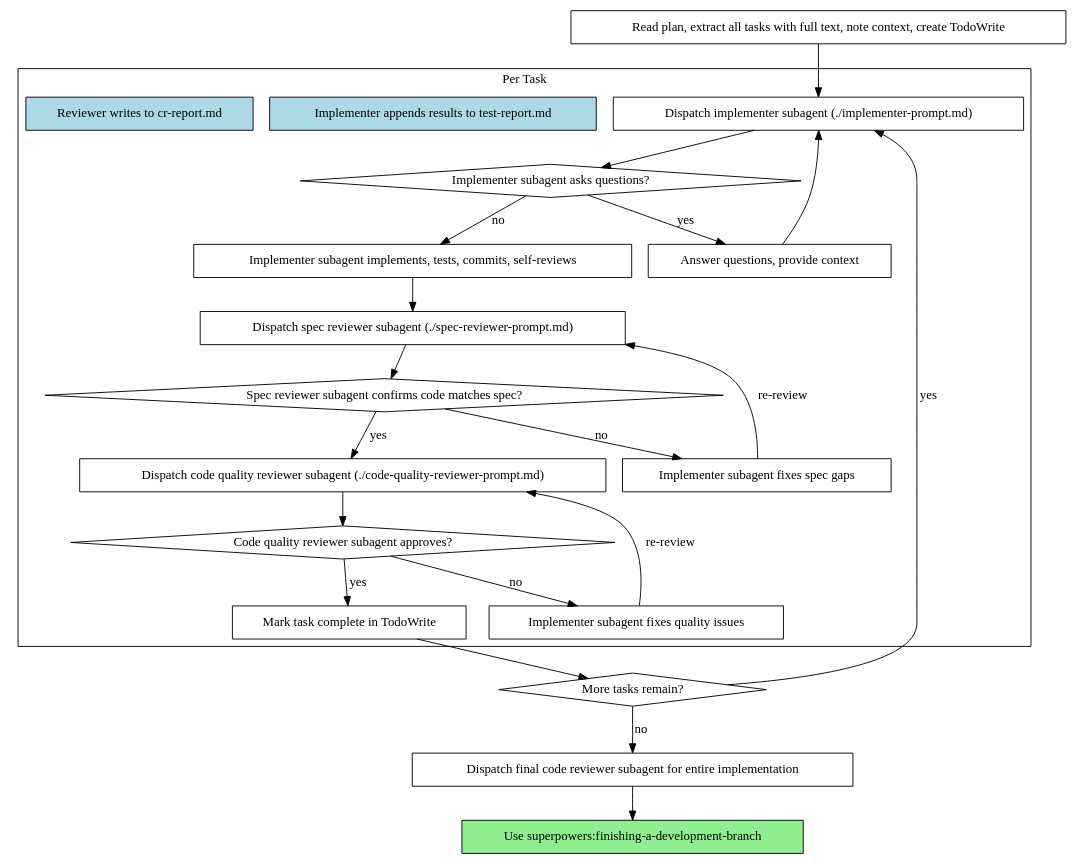
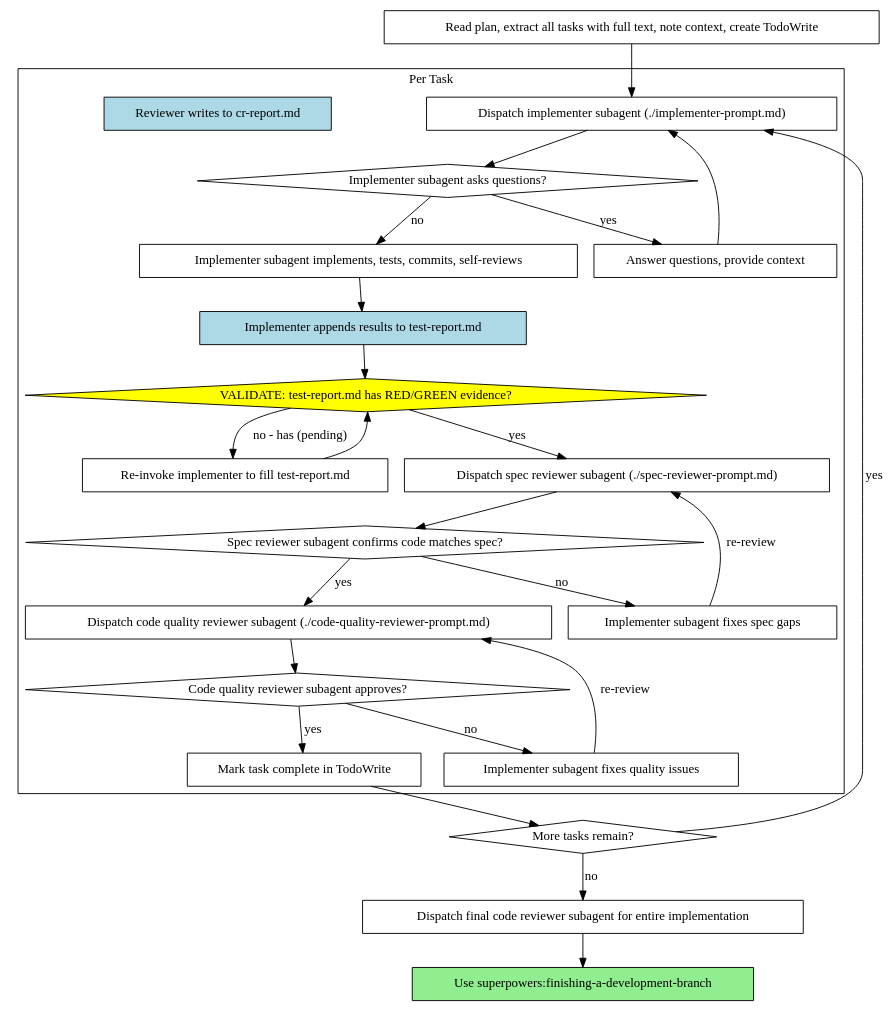
Before and after one commit to jerrydinguk-coder/superpowers: the second of 2 diagrams in skills/subagent-driven-development/SKILL.md, drawn with Graphviz. The commit also changed other lines of this file, not shown here.

First line of the commit message:
feat(subagent-driven-development): add mandatory report validation checkpoint (#1)

````diff
--- a/skills/subagent-driven-development/SKILL.md
+++ b/skills/subagent-driven-development/SKILL.md
@@ -46,46 +46,52 @@
 ```dot
 digraph process {
     rankdir=TB;
 
     subgraph cluster_per_task {
         label="Per Task";
         "Dispatch implementer subagent (./implementer-prompt.md)" [shape=box];
         "Implementer subagent asks questions?" [shape=diamond];
         "Answer questions, provide context" [shape=box];
         "Implementer subagent implements, tests, commits, self-reviews" [shape=box];
         "Implementer appends results to test-report.md" [shape=box style=filled fillcolor=lightblue];
+        "VALIDATE: test-report.md has RED/GREEN evidence?" [shape=diamond style=filled fillcolor=yellow];
+        "Re-invoke implementer to fill test-report.md" [shape=box];
         "Dispatch spec reviewer subagent (./spec-reviewer-prompt.md)" [shape=box];
         "Spec reviewer subagent confirms code matches spec?" [shape=diamond];
         "Implementer subagent fixes spec gaps" [shape=box];
         "Dispatch code quality reviewer subagent (./code-quality-reviewer-prompt.md)" [shape=box];
         "Code quality reviewer subagent approves?" [shape=diamond];
         "Reviewer writes to cr-report.md" [shape=box style=filled fillcolor=lightblue];
         "Implementer subagent fixes quality issues" [shape=box];
         "Mark task complete in TodoWrite" [shape=box];
     }
 
     "Read plan, extract all tasks with full text, note context, create TodoWrite" [shape=box];
     "More tasks remain?" [shape=diamond];
     "Dispatch final code reviewer subagent for entire implementation" [shape=box];
     "Use superpowers:finishing-a-development-branch" [shape=box style=filled fillcolor=lightgreen];
 
     "Read plan, extract all tasks with full text, note context, create TodoWrite" -> "Dispatch implementer subagent (./implementer-prompt.md)";
     "Dispatch implementer subagent (./implementer-prompt.md)" -> "Implementer subagent asks questions?";
     "Implementer subagent asks questions?" -> "Answer questions, provide context" [label="yes"];
     "Answer questions, provide context" -> "Dispatch implementer subagent (./implementer-prompt.md)";
     "Implementer subagent asks questions?" -> "Implementer subagent implements, tests, commits, self-reviews" [label="no"];
-    "Implementer subagent implements, tests, commits, self-reviews" -> "Dispatch spec reviewer subagent (./spec-reviewer-prompt.md)";
+    "Implementer subagent implements, tests, commits, self-reviews" -> "Implementer appends results to test-report.md";
+    "Implementer appends results to test-report.md" -> "VALIDATE: test-report.md has RED/GREEN evidence?";
+    "VALIDATE: test-report.md has RED/GREEN evidence?" -> "Re-invoke implementer to fill test-report.md" [label="no - has (pending)"];
+    "Re-invoke implementer to fill test-report.md" -> "VALIDATE: test-report.md has RED/GREEN evidence?";
+    "VALIDATE: test-report.md has RED/GREEN evidence?" -> "Dispatch spec reviewer subagent (./spec-reviewer-prompt.md)" [label="yes"];
     "Dispatch spec reviewer subagent (./spec-reviewer-prompt.md)" -> "Spec reviewer subagent confirms code matches spec?";
     "Spec reviewer subagent confirms code matches spec?" -> "Implementer subagent fixes spec gaps" [label="no"];
     "Implementer subagent fixes spec gaps" -> "Dispatch spec reviewer subagent (./spec-reviewer-prompt.md)" [label="re-review"];
     "Spec reviewer subagent confirms code matches spec?" -> "Dispatch code quality reviewer subagent (./code-quality-reviewer-prompt.md)" [label="yes"];
     "Dispatch code quality reviewer subagent (./code-quality-reviewer-prompt.md)" -> "Code quality reviewer subagent approves?";
     "Code quality reviewer subagent approves?" -> "Implementer subagent fixes quality issues" [label="no"];
     "Implementer subagent fixes quality issues" -> "Dispatch code quality reviewer subagent (./code-quality-reviewer-prompt.md)" [label="re-review"];
     "Code quality reviewer subagent approves?" -> "Mark task complete in TodoWrite" [label="yes"];
     "Mark task complete in TodoWrite" -> "More tasks remain?";
     "More tasks remain?" -> "Dispatch implementer subagent (./implementer-prompt.md)" [label="yes"];
     "More tasks remain?" -> "Dispatch final code reviewer subagent for entire implementation" [label="no"];
     "Dispatch final code reviewer subagent for entire implementation" -> "Use superpowers:finishing-a-development-branch";
 }
 ```
````
